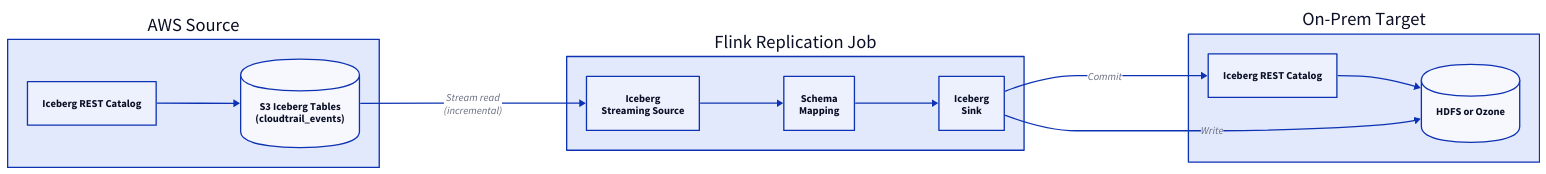
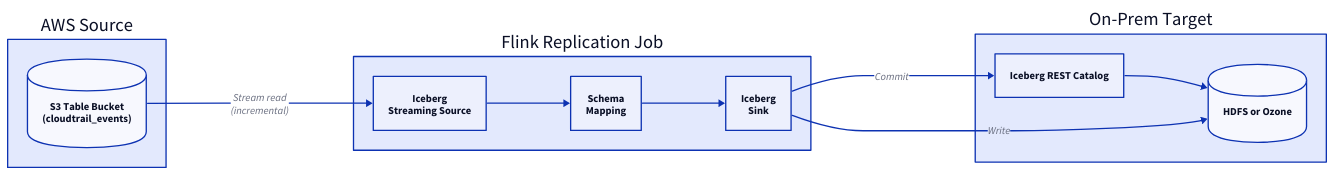
The diagram in docs/current/src/04_01_replication.md (rch/cldr-cybersec), drawn with D2 before and after one commit. The commit also changed other lines of this file and 6 other files, not shown here.

First line of the commit message:
Use S3 Table Buckets with CLO for AWS Iceberg

````diff
--- a/docs/current/src/04_01_replication.md
+++ b/docs/current/src/04_01_replication.md
@@ -9,43 +9,39 @@
 ```d2
 direction: right
 
 AWS: {
   label: "AWS Source"
 
-  rest_catalog: "Iceberg REST Catalog"
-
-  s3_iceberg: {
-    label: "S3 Iceberg Tables\n(cloudtrail_events)"
+  s3_tables: {
+    label: "S3 Table Bucket\n(cloudtrail_events)"
     shape: cylinder
   }
-
-  rest_catalog -> s3_iceberg
 }
 
 Flink: {
   label: "Flink Replication Job"
 
   source: "Iceberg\nStreaming Source"
   transform: "Schema\nMapping"
   sink: "Iceberg\nSink"
 
   source -> transform -> sink
 }
 
 OnPrem: {
   label: "On-Prem Target"
 
   rest_catalog: "Iceberg REST Catalog"
 
   storage: {
     label: "HDFS or Ozone"
     shape: cylinder
   }
 
   rest_catalog -> storage
 }
 
-AWS.s3_iceberg -> Flink.source: "Stream read\n(incremental)"
+AWS.s3_tables -> Flink.source: "Stream read\n(incremental)"
 Flink.sink -> OnPrem.storage: "Write"
 Flink.sink -> OnPrem.rest_catalog: "Commit"
 ```
````
